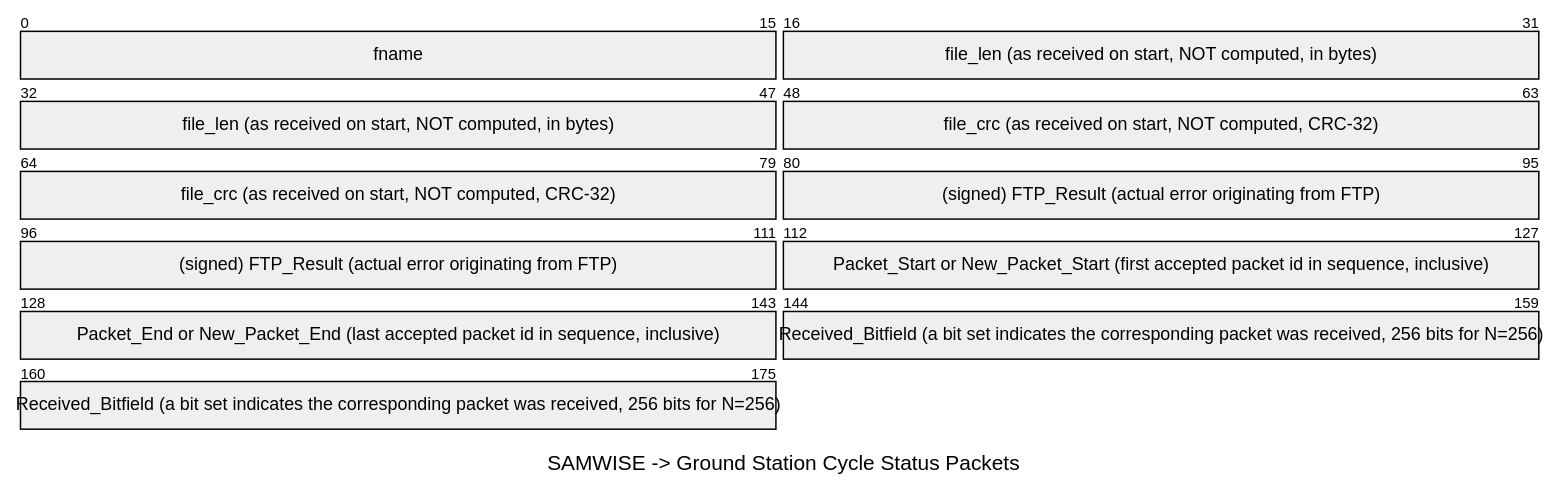
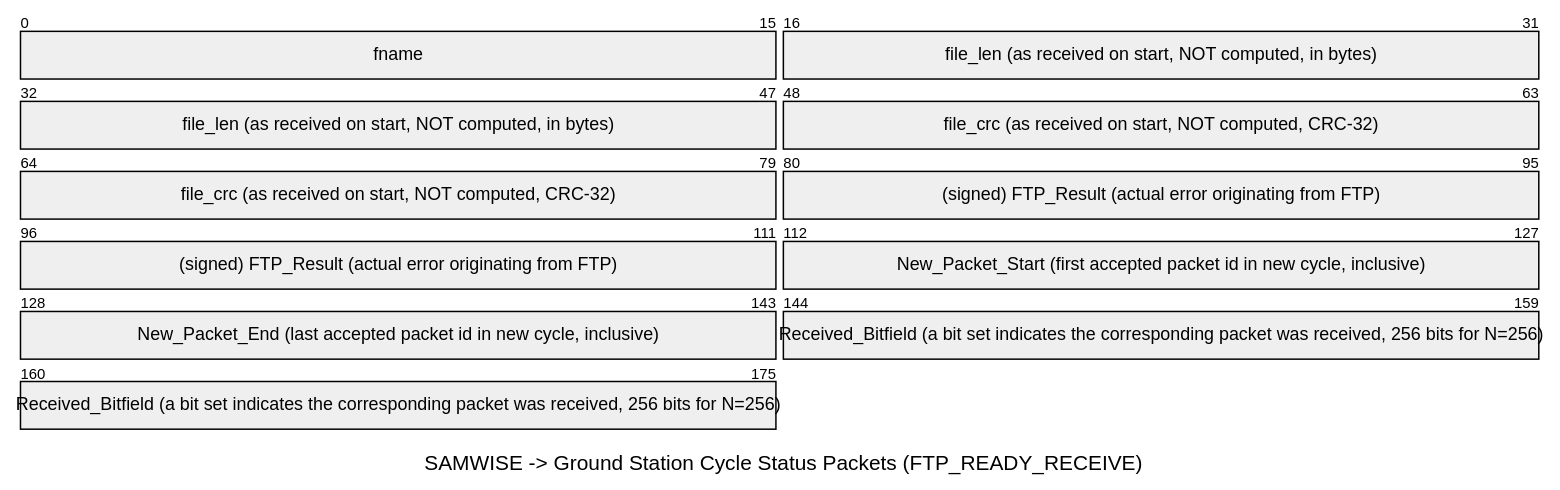
The seventh of 11 diagrams in src/tasks/ftp/README.md (stanford-ssi/samwise-flight-software), drawn with Mermaid before and after one commit. The commit also changed other lines of this file, not shown here.

First line of the commit message:
Update FTP documentation for periodic status updates design

````diff
--- a/src/tasks/ftp/README.md
+++ b/src/tasks/ftp/README.md
@@ -339,13 +360,13 @@
 ```mermaid
 ---
-title: SAMWISE -> Ground Station Cycle Status Packets
+title: SAMWISE -> Ground Station Cycle Status Packets (FTP_READY_RECEIVE)
 ---
 packet
 +16: "fname"
 +32: "file_len (as received on start, NOT computed, in bytes)"
 +32: "file_crc (as received on start, NOT computed, CRC-32)"
 +32: "(signed) FTP_Result (actual error originating from FTP)"
-+16: "Packet_Start or New_Packet_Start (first accepted packet id in sequence, inclusive)"
-+16: "Packet_End or New_Packet_End (last accepted packet id in sequence, inclusive)"
++16: "New_Packet_Start (first accepted packet id in new cycle, inclusive)"
++16: "New_Packet_End (last accepted packet id in new cycle, inclusive)"
 +32: "Received_Bitfield (a bit set indicates the corresponding packet was received, 256 bits for N=256)"
 ```
````
